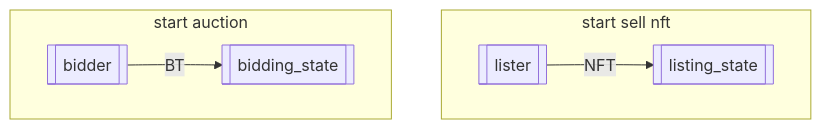
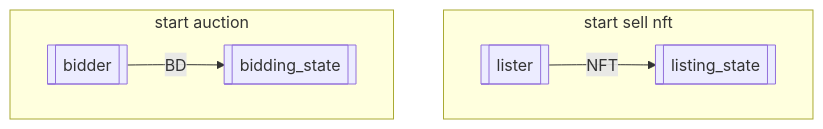
Before and after one commit to UnUniFi/chain: the second of 7 diagrams in x/nftmarket/spec/03_auction_state.md, drawn with Mermaid. The commit also changed other lines of this file and 3 other files, not shown here.

````diff
--- a/x/nftmarket/spec/03_auction_state.md
+++ b/x/nftmarket/spec/03_auction_state.md
@@ -74,13 +74,13 @@
 ```mermaid
 flowchart TD
 subgraph start sell nft
 	lister1[[lister]]
 	listing_state[[listing_state]]
 	lister1--NFT--> listing_state
 end
 subgraph start auction
 	bidder1[[bidder]]
 	bidding_state1[[bidding_state]]
-	bidder1 --BT--> bidding_state1
+	bidder1 --BD--> bidding_state1
 end
 ```
````
